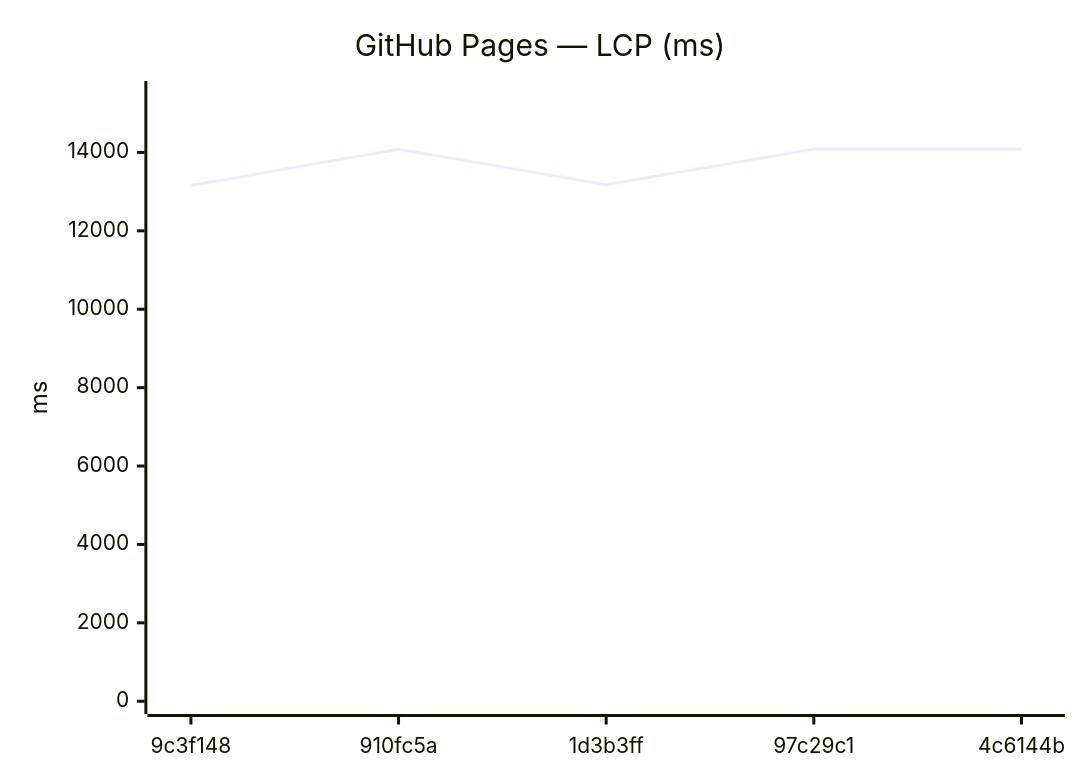
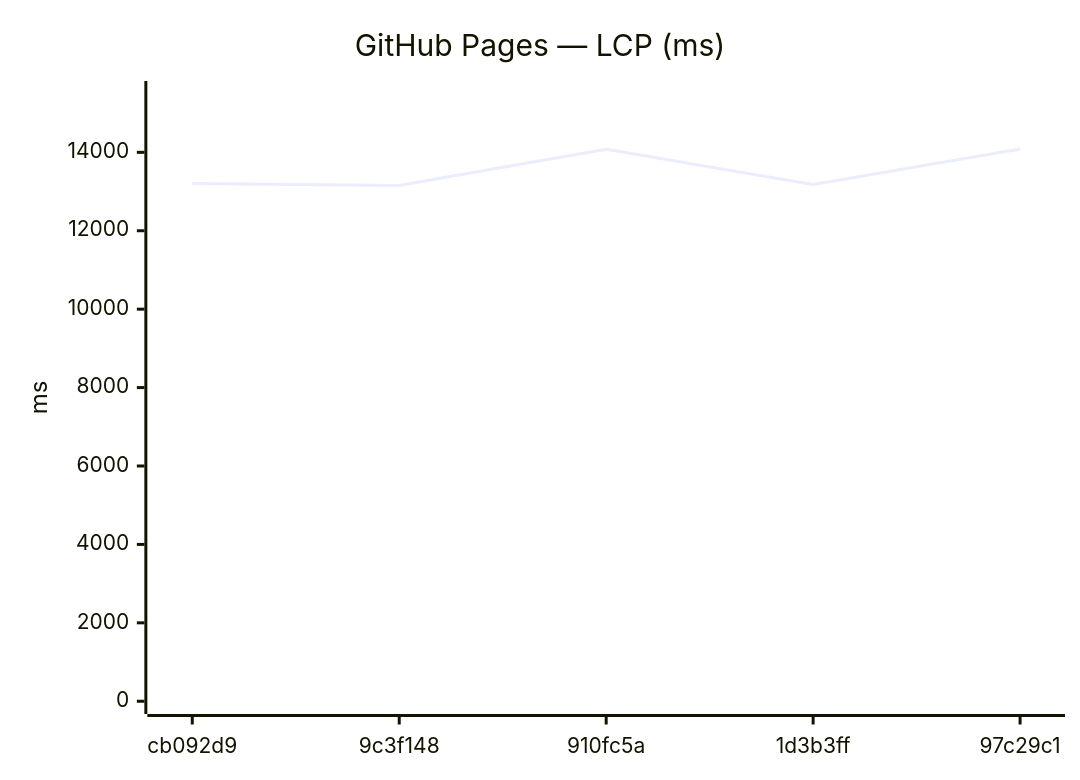
Before and after one commit to Metaheurist/Rianell: the ninth of 18 diagrams in benchmarks/compare.md, drawn with Mermaid. The commit also changed other lines of this file and 11 other files, not shown here.

````diff
--- a/benchmarks/compare.md
+++ b/benchmarks/compare.md
@@ -142,7 +142,7 @@
 ```mermaid
 xychart-beta
     title "GitHub Pages — LCP (ms)"
-    x-axis ["9c3f148", "910fc5a", "1d3b3ff", "97c29c1", "4c6144b"]
-    y-axis "ms" 0 --> 15497
-    line [13156, 14081, 13177, 14085, 14088]
+    x-axis ["cb092d9", "9c3f148", "910fc5a", "1d3b3ff", "97c29c1"]
+    y-axis "ms" 0 --> 15494
+    line [13204, 13156, 14081, 13177, 14085]
 ```
````
